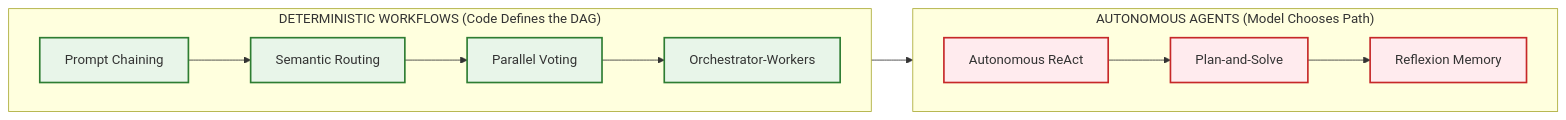
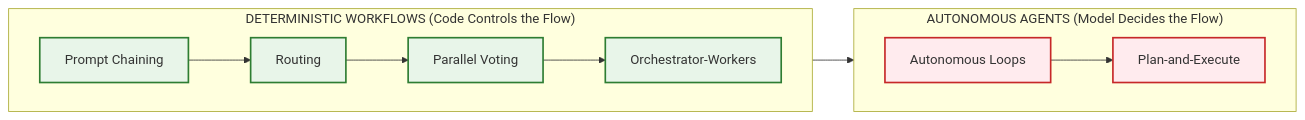
The second of 8 diagrams in 04-agentic-systems-and-orchestration/01-workflows-vs-agents-and-orchestration-patterns.md (dip4k/senior-engineer-to-ai-engineer-roadmap), drawn with Mermaid before and after one commit. The commit also changed other lines of this file and 11 other files, not shown here.

````diff
--- a/04-agentic-systems-and-orchestration/01-workflows-vs-agents-and-orchestration-patterns.md
+++ b/04-agentic-systems-and-orchestration/01-workflows-vs-agents-and-orchestration-patterns.md
@@ -69,22 +69,21 @@
 ```mermaid
 flowchart LR
     classDef wf fill:#e8f5e9,stroke:#2e7d32,stroke-width:2px;
     classDef ag fill:#ffebee,stroke:#c62828,stroke-width:2px;
 
-    subgraph Workflows["DETERMINISTIC WORKFLOWS (Code Defines the DAG)"]
+    subgraph Workflows["DETERMINISTIC WORKFLOWS (Code Controls the Flow)"]
         direction LR
         P1["Prompt Chaining"]:::wf
-        P2["Semantic Routing"]:::wf
+        P2["Routing"]:::wf
         P3["Parallel Voting"]:::wf
         P4["Orchestrator-Workers"]:::wf
     end
 
-    subgraph Agents["AUTONOMOUS AGENTS (Model Chooses Path)"]
+    subgraph Agents["AUTONOMOUS AGENTS (Model Decides the Flow)"]
         direction LR
-        P5["Autonomous ReAct"]:::ag
-        P6["Plan-and-Solve"]:::ag
-        P7["Reflexion Memory"]:::ag
+        P5["Autonomous Loops"]:::ag
+        P6["Plan-and-Execute"]:::ag
     end
 
-    P1 --> P2 --> P3 --> P4 --> P5 --> P6 --> P7
+    P1 --> P2 --> P3 --> P4 --> P5 --> P6
 ```
````
